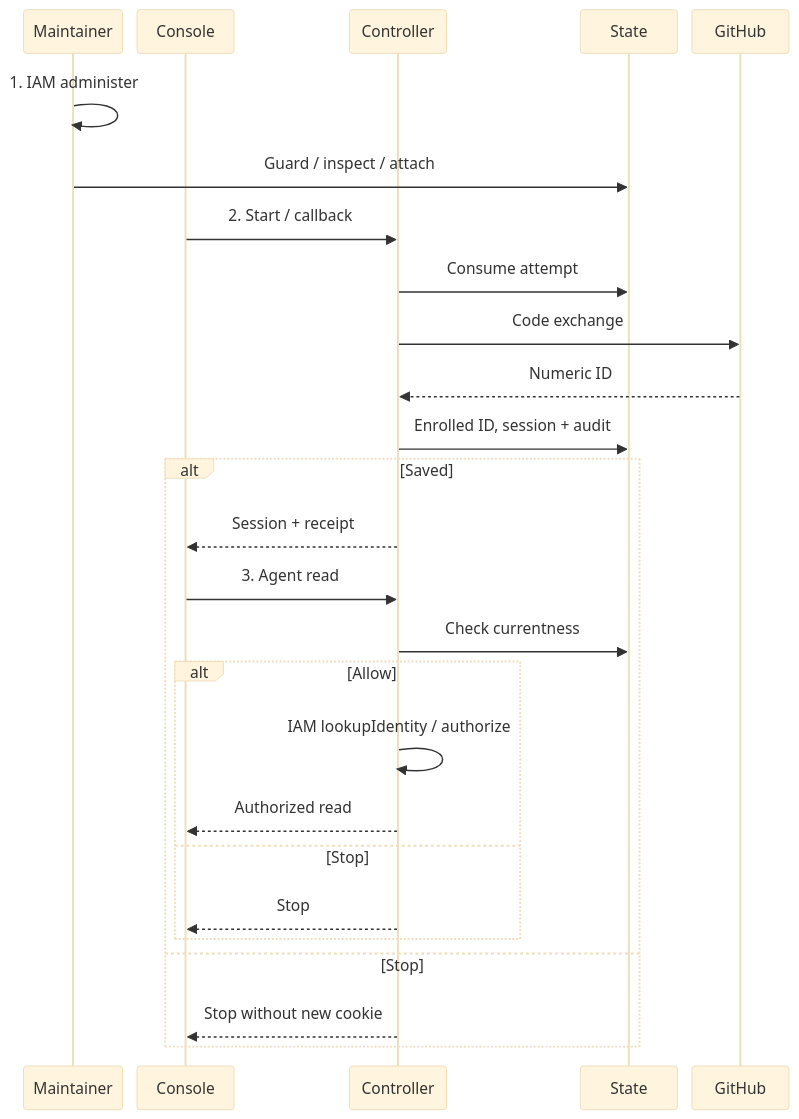
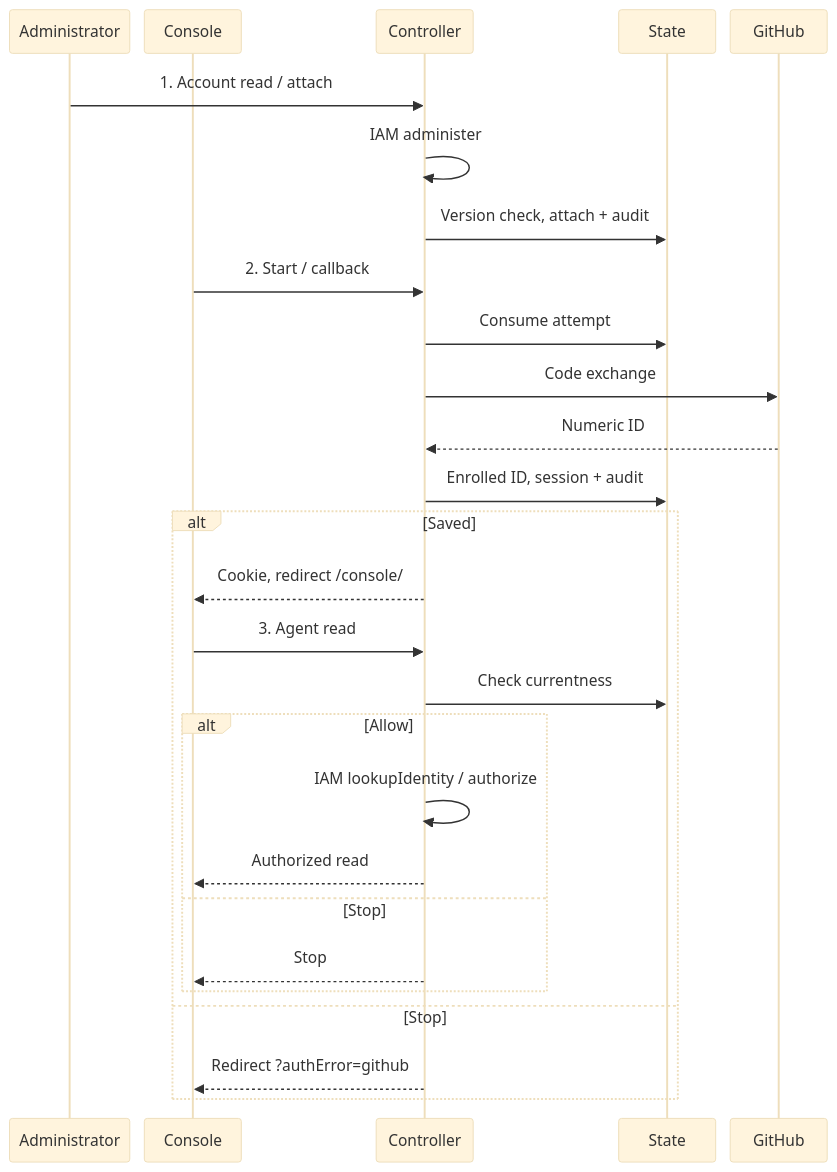
One commit to IsaiahStapleton/openclaw-enterprise changed the diagram in specs/31-human-federated-sign-in/request-lifecycle.mmd. Above: the diagram before and after it, drawn with Mermaid. The commit also changed 3 other files, not shown here.

```diff
--- a/specs/31-human-federated-sign-in/request-lifecycle.mmd
+++ b/specs/31-human-federated-sign-in/request-lifecycle.mmd
@@ -1,39 +1,40 @@
 ---
 config:
   theme: base
   htmlLabels: true
   themeVariables:
     fontSize: 14px
   sequence:
     actorMargin: 15
     width: 100
     height: 45
     messageMargin: 12
     mirrorActors: true
 ---
 sequenceDiagram
-  participant M as Maintainer
+  participant A as Administrator
   participant B as Console
   participant C as Controller
   participant S as State
   participant G as GitHub
-  M->>M: 1. IAM administer
-  M->>S: Guard / inspect / attach
+  A->>C: 1. Account read / attach
+  C->>C: IAM administer
+  C->>S: Version check, attach + audit
   B->>C: 2. Start / callback
   C->>S: Consume attempt
   C->>G: Code exchange
   G-->>C: Numeric ID
   C->>S: Enrolled ID, session + audit
   alt Saved
-    C-->>B: Session + receipt
+    C-->>B: Cookie, redirect /console/
     B->>C: 3. Agent read
     C->>S: Check currentness
     alt Allow
       C->>C: IAM lookupIdentity / authorize
       C-->>B: Authorized read
     else Stop
       C-->>B: Stop
     end
   else Stop
-    C-->>B: Stop without new cookie
+    C-->>B: Redirect ?authError=github
   end
```
